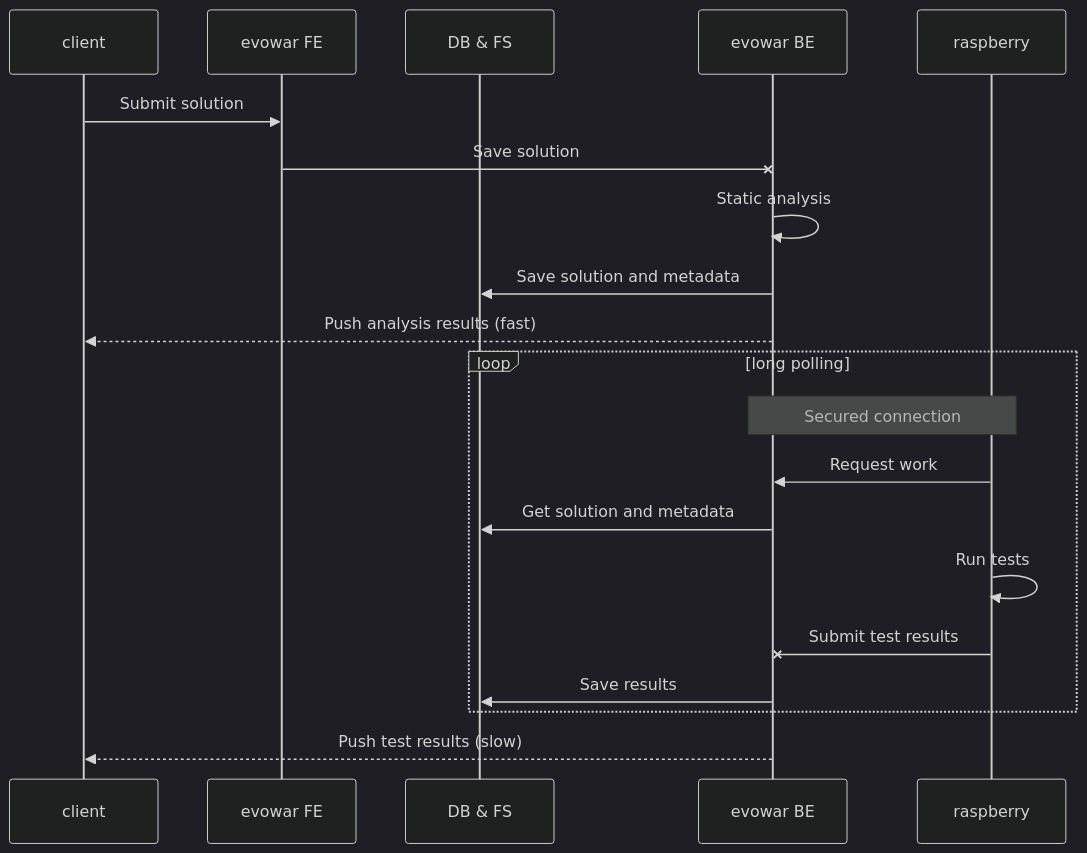
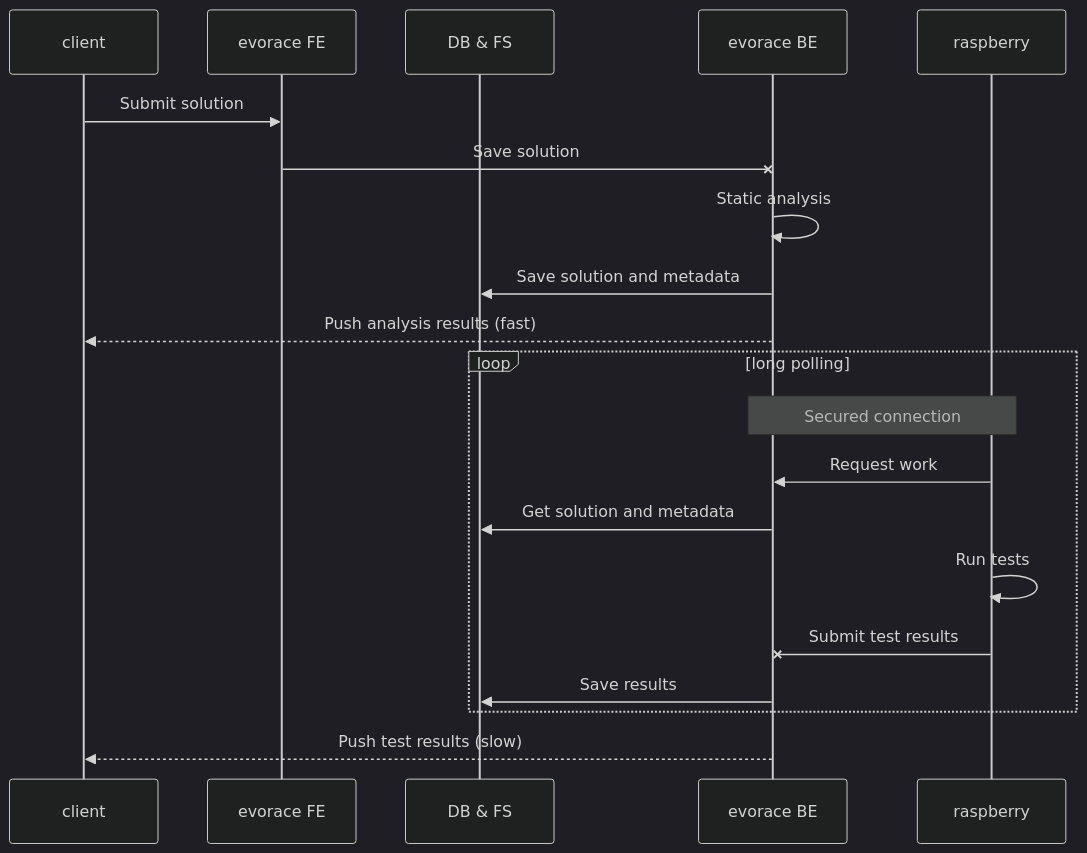
Before and after one commit to sanraith/evocontest: the second of 6 diagrams in docs/architecture.md, drawn with Mermaid (dark theme). The commit also changed other lines of this file and 230 other files, not shown here.

Commit message:
Renamed evowar to evorace.

````diff
--- a/docs/architecture.md
+++ b/docs/architecture.md
@@ -38,25 +38,25 @@
 ```mermaid
 sequenceDiagram
 
 participant client
-participant FE as evowar FE
+participant FE as evorace FE
 participant DB as DB & FS
-participant BE as evowar BE
+participant BE as evorace BE
 participant raspberry
 
 client ->> FE:Submit solution
 FE -x BE: Save solution
 BE ->> BE: Static analysis
 BE ->> DB: Save solution and metadata
 BE -->> client: Push analysis results (fast)
 
 loop long polling
 	Note over BE, raspberry: Secured connection
 	raspberry ->> BE: Request work
 	BE ->> DB: Get solution and metadata
 	raspberry ->> raspberry: Run tests
 	raspberry -x BE: Submit test results
 	BE ->> DB: Save results
 end
 BE -->> client: Push test results (slow)
 ```
````
